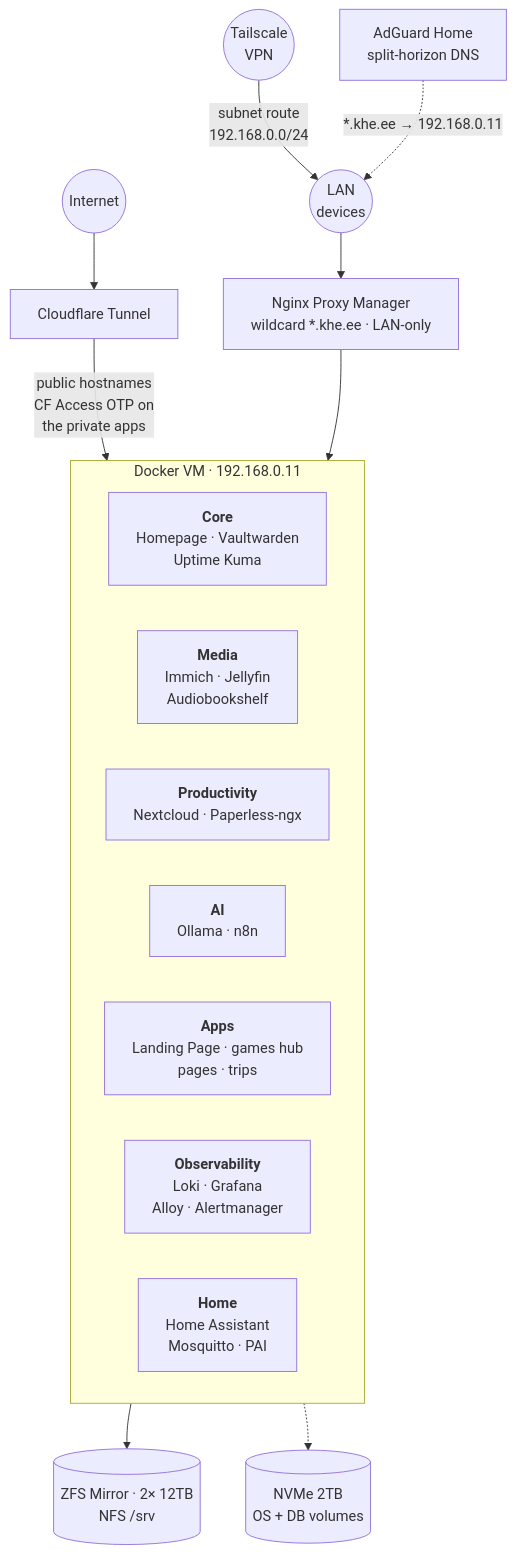
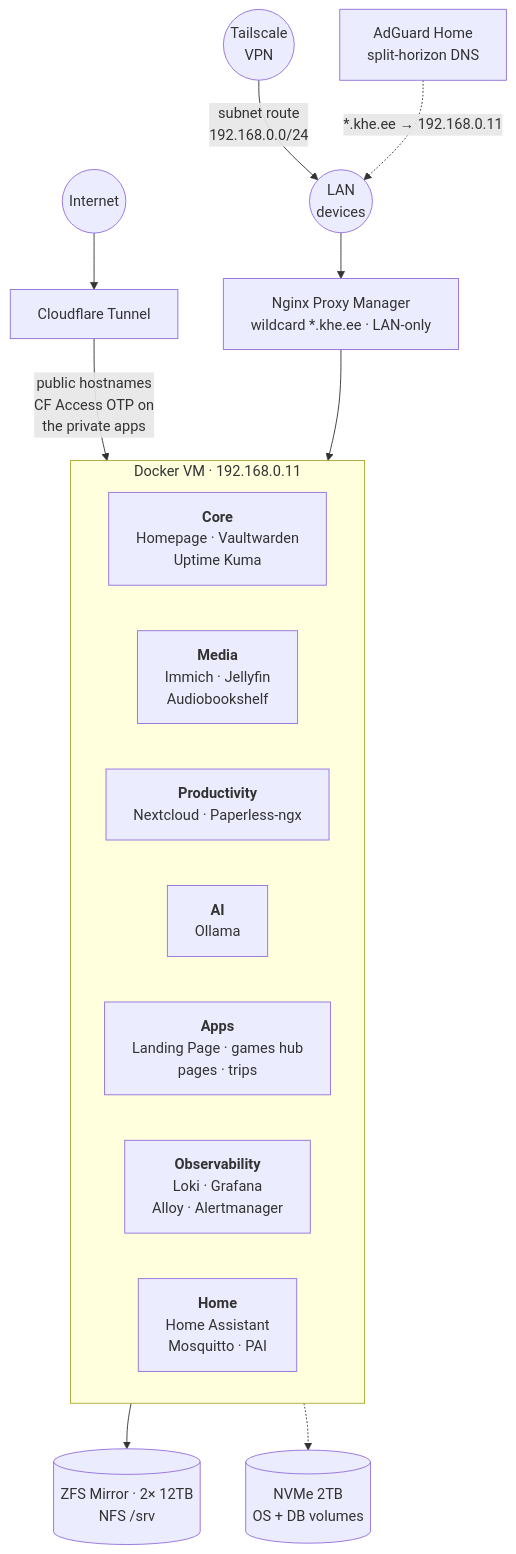
Before and after one commit to khelias/khe-homelab: the diagram in README.md, drawn with Mermaid. The commit also changed other lines of this file and 28 other files, not shown here.

````diff
--- a/README.md
+++ b/README.md
@@ -7,28 +7,28 @@
 ```mermaid
 graph TB
     Internet((Internet))
     VPN((Tailscale<br/>VPN))
     LAN((LAN<br/>devices))
 
     Internet --> CF[Cloudflare Tunnel]
     VPN -->|subnet route<br/>192.168.0.0/24| LAN
     AG[AdGuard Home<br/>split-horizon DNS] -.->|*.khe.ee → 192.168.0.11| LAN
     LAN --> NPM[Nginx Proxy Manager<br/>wildcard *.khe.ee · LAN-only]
 
     CF -->|public hostnames<br/>CF Access OTP on<br/>the private apps| DVM
     NPM --> DVM
 
     subgraph DVM[Docker VM · 192.168.0.11]
         direction LR
         Core["<b>Core</b><br/>Homepage · Vaultwarden<br/>Uptime Kuma"]
         Media["<b>Media</b><br/>Immich · Jellyfin<br/>Audiobookshelf"]
         Prod["<b>Productivity</b><br/>Nextcloud · Paperless-ngx"]
-        AI["<b>AI</b><br/>Ollama · n8n"]
+        AI["<b>AI</b><br/>Ollama"]
         Apps["<b>Apps</b><br/>Landing Page · games hub<br/>pages · trips"]
         Obs["<b>Observability</b><br/>Loki · Grafana<br/>Alloy · Alertmanager"]
         Home["<b>Home</b><br/>Home Assistant<br/>Mosquitto · PAI"]
     end
 
     DVM --> HDD[(ZFS Mirror · 2× 12TB<br/>NFS /srv)]
     DVM -.-> NVMe[(NVMe 2TB<br/>OS + DB volumes)]
 ```
````
